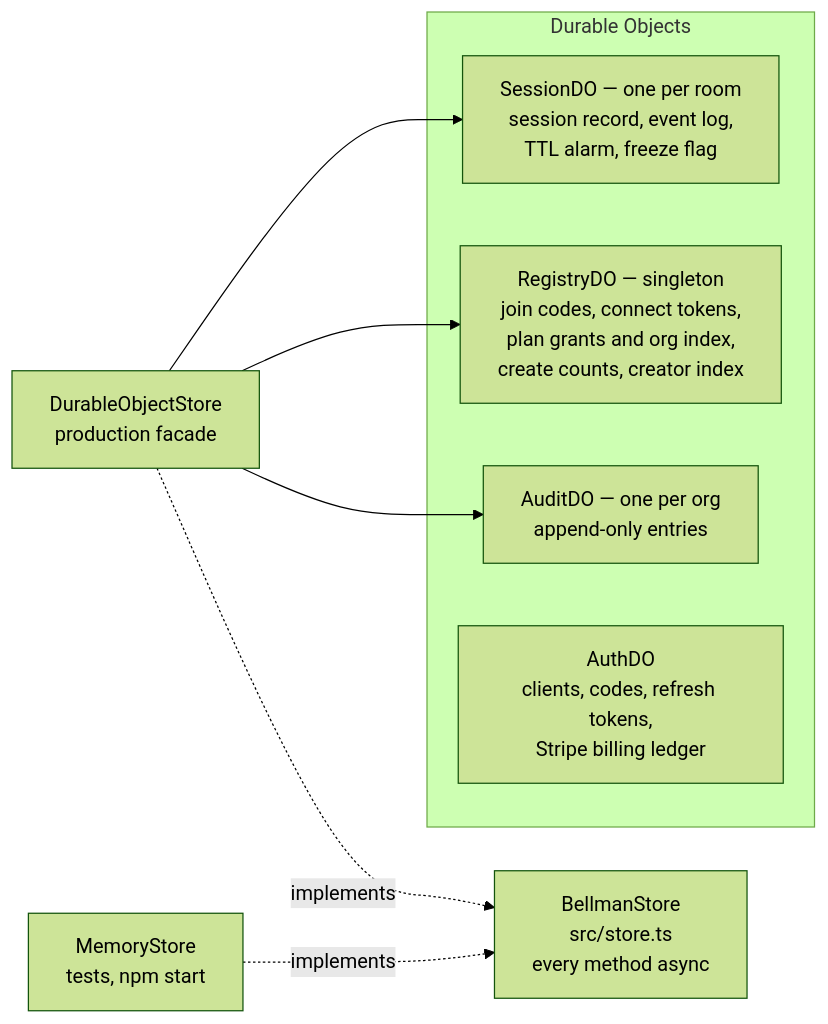
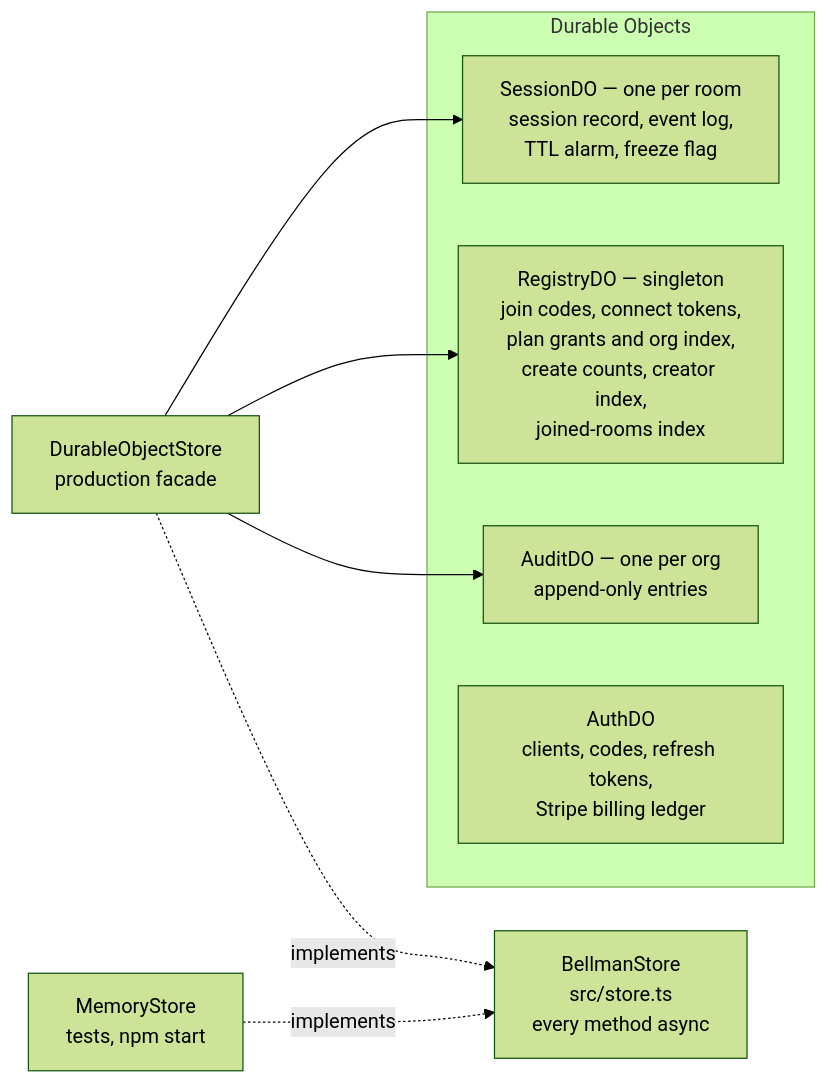
The fourth of 7 diagrams in docs/ARCHITECTURE.md (bellman-sh/bellman), drawn with Mermaid (forest theme) before and after one commit. The commit also changed 4 other files, not shown here.

````diff
--- a/docs/ARCHITECTURE.md
+++ b/docs/ARCHITECTURE.md
@@ -196,17 +196,17 @@
 ```mermaid
 flowchart LR
     BS["BellmanStore<br/>src/store.ts<br/>every method async"]
     MEM["MemoryStore<br/>tests, npm start"] -.implements.-> BS
     DOS["DurableObjectStore<br/>production facade"] -.implements.-> BS
 
     DOS --> SDO
     DOS --> RDO
     DOS --> ADO
 
     subgraph objects["Durable Objects"]
         SDO["SessionDO — one per room<br/>session record, event log,<br/>TTL alarm, freeze flag"]
-        RDO["RegistryDO — singleton<br/>join codes, connect tokens,<br/>plan grants and org index,<br/>create counts, creator index"]
+        RDO["RegistryDO — singleton<br/>join codes, connect tokens,<br/>plan grants and org index,<br/>create counts, creator index,<br/>joined-rooms index"]
         ADO["AuditDO — one per org<br/>append-only entries"]
         AUTH["AuthDO<br/>clients, codes, refresh tokens,<br/>Stripe billing ledger"]
     end
 ```
````
